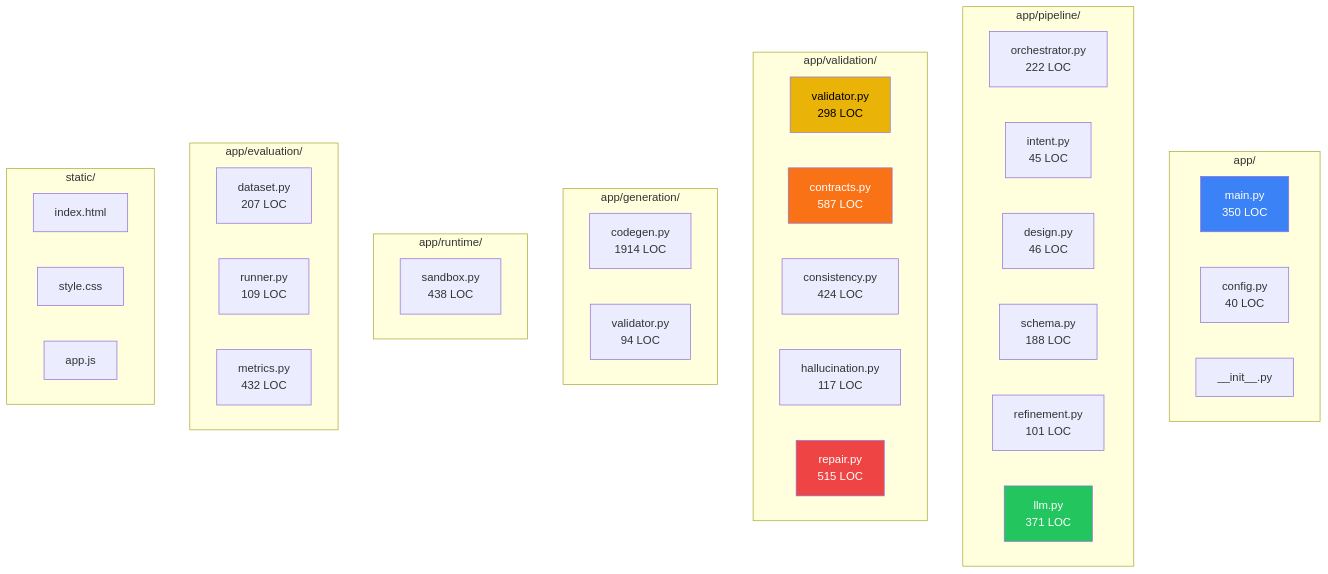
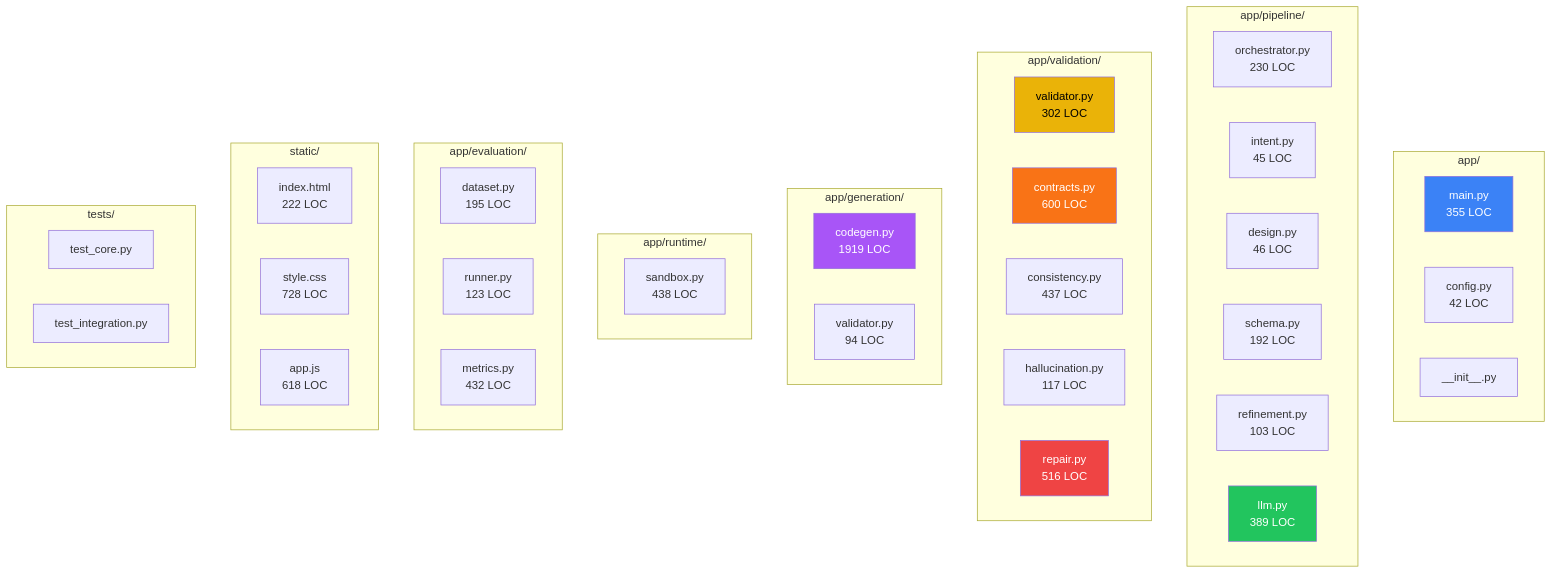
One commit to notsooamit/app-compiler changed the tenth of 24 diagrams in SOFTWARE_ARCHITECTURE.md. Above: the diagram before and after it, drawn with Mermaid. The commit also changed other lines of this file and 1 other file, not shown here.

````diff
--- a/SOFTWARE_ARCHITECTURE.md
+++ b/SOFTWARE_ARCHITECTURE.md
@@ -525,52 +566,58 @@
 ```mermaid
 graph TB
     subgraph "app/"
-        main["main.py<br/>350 LOC"]
-        config["config.py<br/>40 LOC"]
+        main["main.py<br/>355 LOC"]
+        config["config.py<br/>42 LOC"]
         init["__init__.py"]
     end
 
     subgraph "app/pipeline/"
-        orch["orchestrator.py<br/>222 LOC"]
+        orch["orchestrator.py<br/>230 LOC"]
         intent["intent.py<br/>45 LOC"]
         design["design.py<br/>46 LOC"]
-        schema_mod["schema.py<br/>188 LOC"]
-        refine["refinement.py<br/>101 LOC"]
-        llm["llm.py<br/>371 LOC"]
+        schema_mod["schema.py<br/>192 LOC"]
+        refine["refinement.py<br/>103 LOC"]
+        llm["llm.py<br/>389 LOC"]
     end
 
     subgraph "app/validation/"
-        validator["validator.py<br/>298 LOC"]
-        contracts["contracts.py<br/>587 LOC"]
-        consistency["consistency.py<br/>424 LOC"]
+        validator["validator.py<br/>302 LOC"]
+        contracts["contracts.py<br/>600 LOC"]
+        consistency["consistency.py<br/>437 LOC"]
         hallucination["hallucination.py<br/>117 LOC"]
-        repair["repair.py<br/>515 LOC"]
+        repair["repair.py<br/>516 LOC"]
     end
 
     subgraph "app/generation/"
-        codegen["codegen.py<br/>1914 LOC"]
+        codegen["codegen.py<br/>1919 LOC"]
         codeval["validator.py<br/>94 LOC"]
     end
 
     subgraph "app/runtime/"
         sandbox["sandbox.py<br/>438 LOC"]
     end
 
     subgraph "app/evaluation/"
-        dataset["dataset.py<br/>207 LOC"]
-        runner["runner.py<br/>109 LOC"]
+        dataset["dataset.py<br/>195 LOC"]
+        runner["runner.py<br/>123 LOC"]
         metrics["metrics.py<br/>432 LOC"]
     end
 
     subgraph "static/"
-        html["index.html"]
-        css["style.css"]
-        js["app.js"]
+        html["index.html<br/>222 LOC"]
+        css["style.css<br/>728 LOC"]
+        js["app.js<br/>618 LOC"]
+    end
+
+    subgraph "tests/"
+        test_core["test_core.py"]
+        test_int["test_integration.py"]
     end
 
     style main fill:#3b82f6,color:#fff
     style llm fill:#22c55e,color:#fff
     style contracts fill:#f97316,color:#fff
     style repair fill:#ef4444,color:#fff
     style validator fill:#eab308,color:#000
+    style codegen fill:#a855f7,color:#fff
 ```
````
